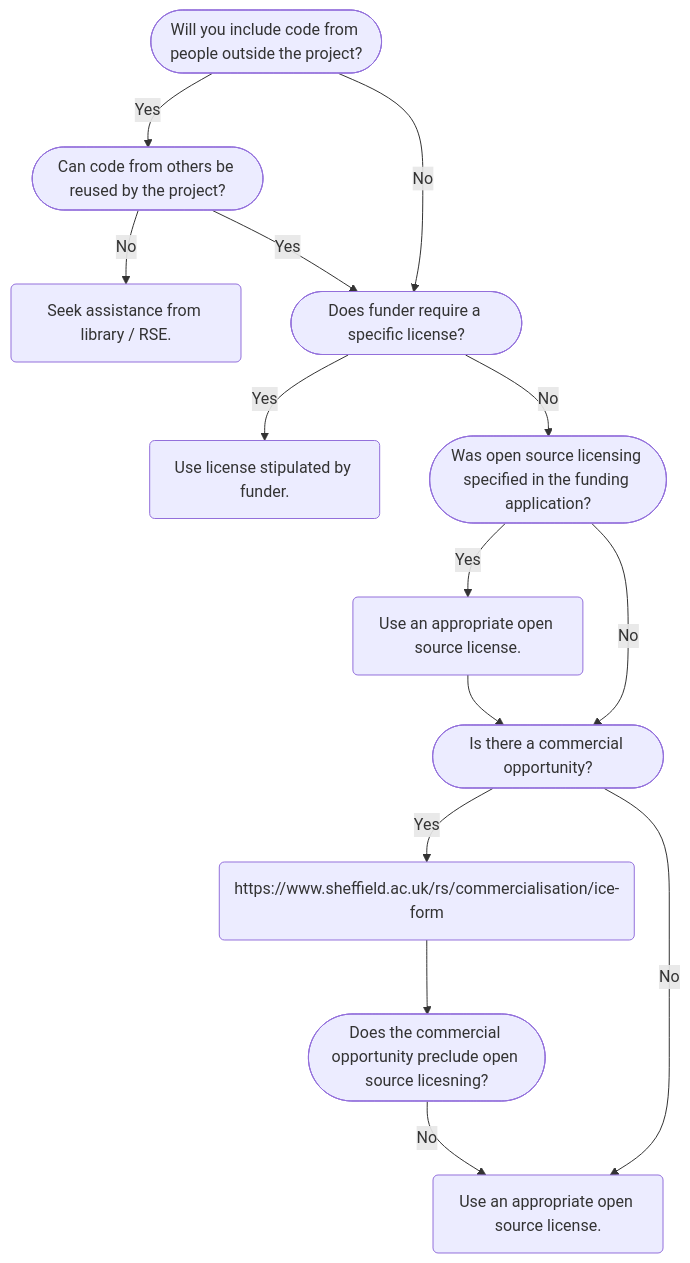
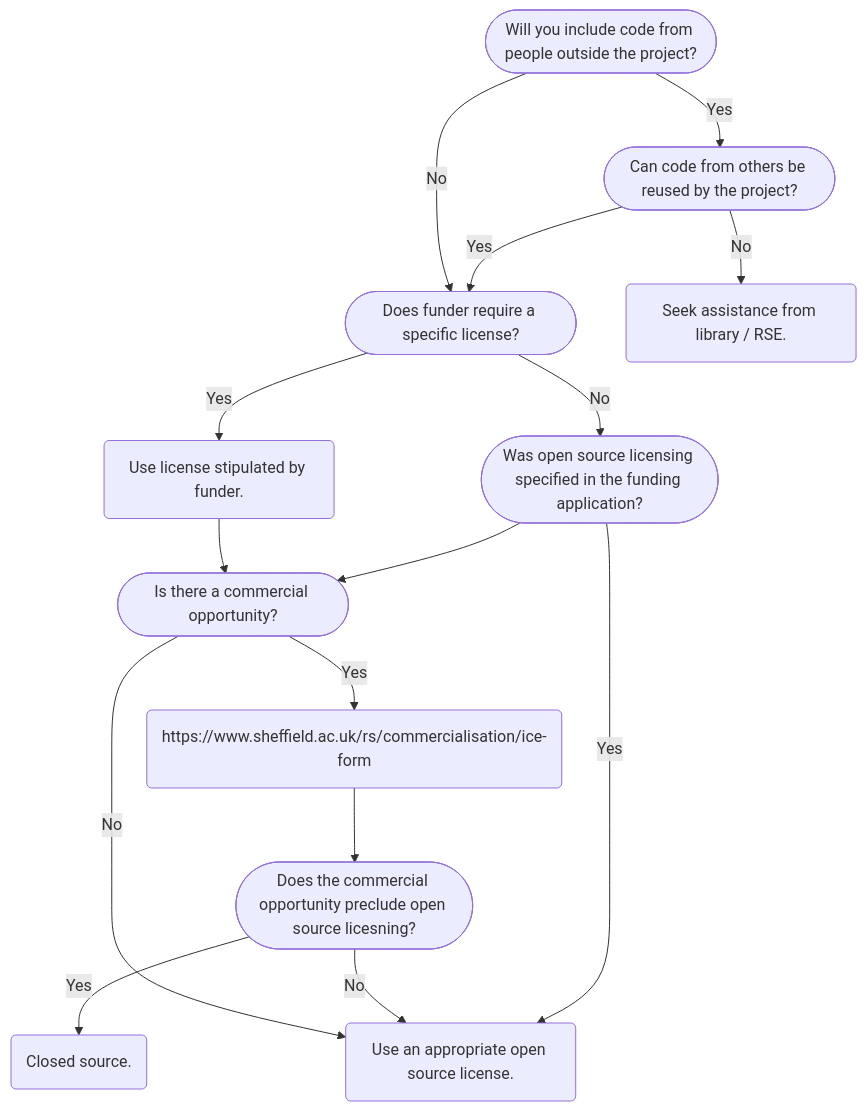
The diagram in flowchart.mmd (RSE-Sheffield/software_licensing), drawn with Mermaid before and after one commit. The commit also changed 1 other file, not shown here.

```diff
--- a/flowchart.mmd
+++ b/flowchart.mmd
@@ -1,30 +1,31 @@
 flowchart TD
     A([Will you include code from people outside the project?])
     B([Can code from others be reused by the project?])
     C([Does funder require a specific license?])    
     D([Was open source licensing specified in the funding application?])    
 
     E([Is there a commercial opportunity?])
     F(https://www.sheffield.ac.uk/rs/commercialisation/ice-form)
 
     G(Use an appropriate open source license.)
     H(Seek assistance from library / RSE.)
     I(Use license stipulated by funder.)
 
     J([Does the commercial opportunity preclude open source licesning?])
 
-    K(Use an appropriate open source license.)
+    K(Closed source.)
 
     A -->|Yes| B
     B -->|No| H
     B -->|Yes| C
     A -->|No| C
     C -->|Yes| I
     C -->|No| D
     D -->|Yes| G
-    D -->|No| E
+    D --> E
     E -->|Yes| F
     F --> J
-    J -->|No| K
-    E -->|No| K
-    G --> E
+    J -->|No| G
+    I --> E
+    E -->|No| G
+    J -->|Yes| K
```
